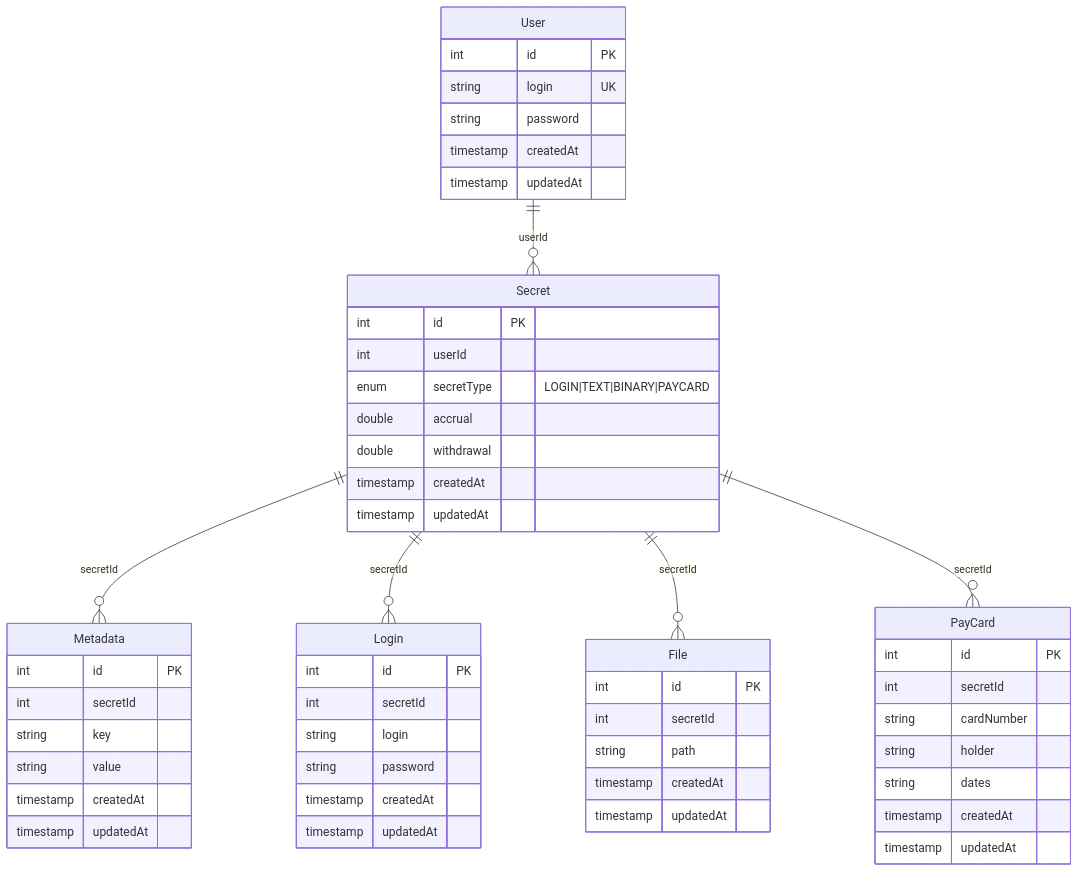
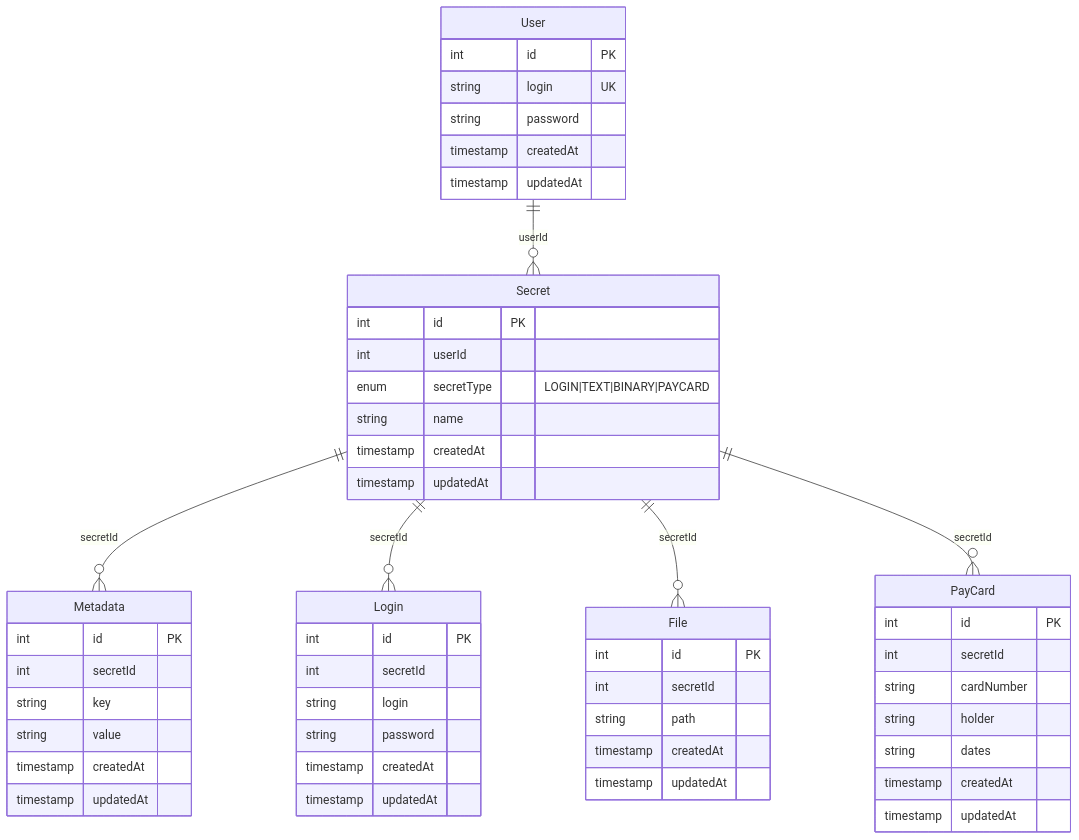
Before and after one commit to dcwk/gophkeeper: the diagram in README.md, drawn with Mermaid.

Commit message:
Поправил документацию

````diff
--- a/README.md
+++ b/README.md
@@ -59,62 +59,61 @@
 ```mermaid
 erDiagram
 User ||--o{ Secret: userId
 Secret ||--o{ Metadata: secretId
 Secret ||--o{ Login: secretId
 Secret ||--o{ File: secretId
 Secret ||--o{ PayCard: secretId
 
 User {
     int id PK
     string login UK
     string password
     timestamp createdAt
     timestamp updatedAt
 }
 
 Secret {
     int id PK
     int userId
     enum secretType "LOGIN|TEXT|BINARY|PAYCARD"
-    double accrual
-    double withdrawal
+    string name
     timestamp createdAt
     timestamp updatedAt
 }
 
 Metadata {
     int id PK
     int secretId
     string key
     string value
     timestamp createdAt
     timestamp updatedAt
 }
 
 Login {
     int id PK
     int secretId
     string login
     string password
     timestamp createdAt
     timestamp updatedAt
 }
 
 File {
     int id PK
     int secretId
     string path
     timestamp createdAt
     timestamp updatedAt
 }
 
 PayCard {
     int id PK
     int secretId
     string cardNumber
     string holder
     string dates
     timestamp createdAt
     timestamp updatedAt
 }
 ```
````
